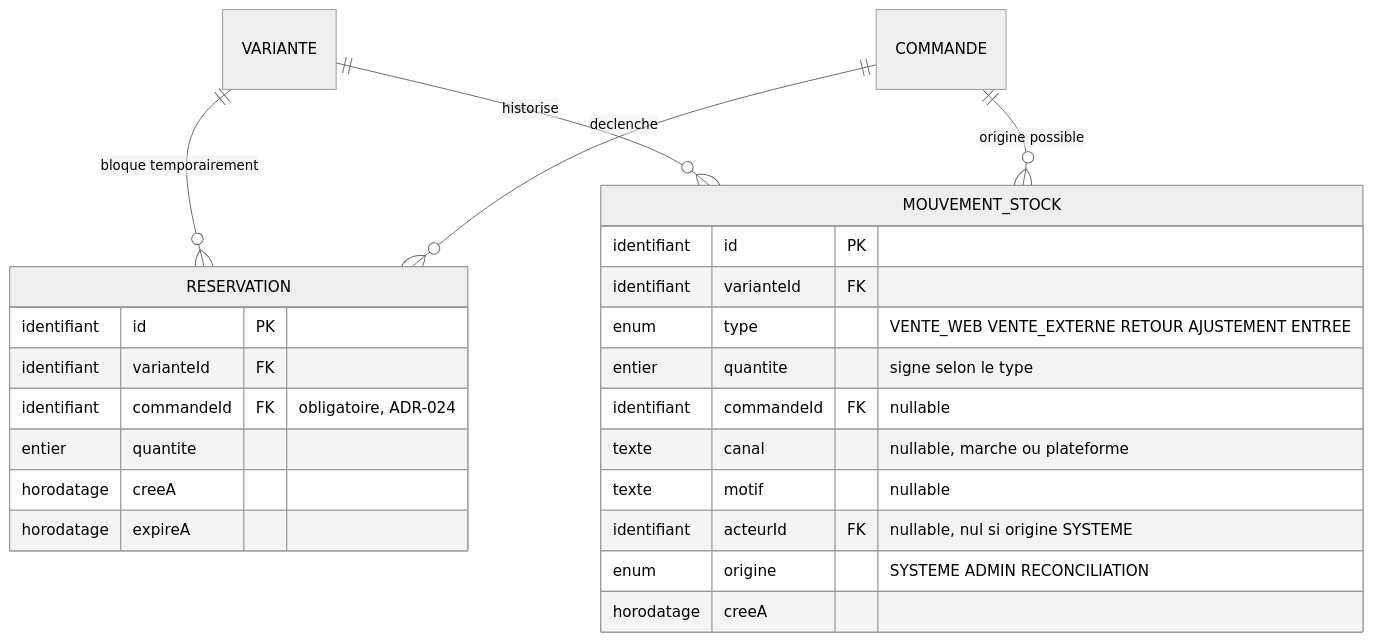
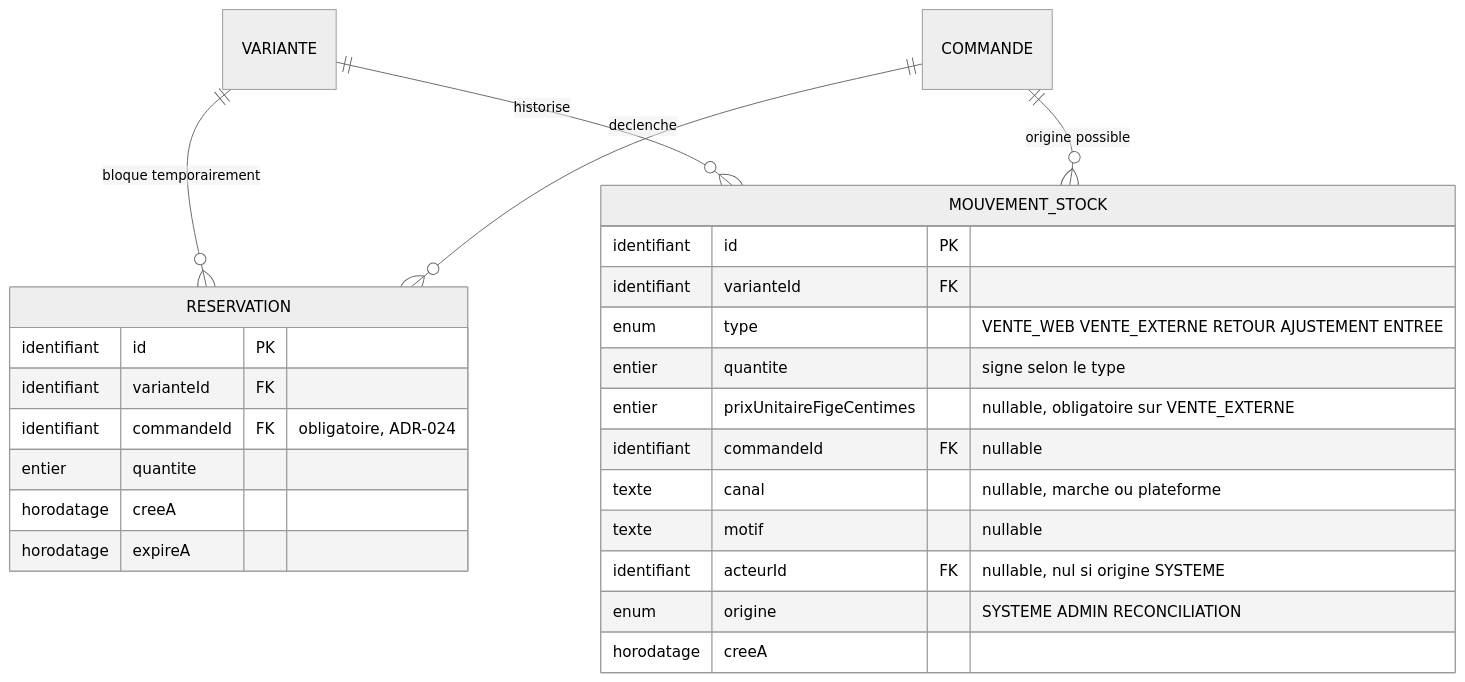
One commit to krismos64/lune-soleil changed the third of 9 diagrams in docs/architecture/MODELE-CONCEPTUEL.md. Above: the diagram before and after it, drawn with Mermaid (neutral theme). The commit also changed other lines of this file and 9 other files, not shown here.

````diff
--- a/docs/architecture/MODELE-CONCEPTUEL.md
+++ b/docs/architecture/MODELE-CONCEPTUEL.md
@@ -289,28 +289,29 @@
 ```mermaid
 erDiagram
     VARIANTE ||--o{ RESERVATION : "bloque temporairement"
     VARIANTE ||--o{ MOUVEMENT_STOCK : "historise"
     COMMANDE ||--o{ RESERVATION : "declenche"
     COMMANDE ||--o{ MOUVEMENT_STOCK : "origine possible"
 
     RESERVATION {
         identifiant id PK
         identifiant varianteId FK
         identifiant commandeId FK "obligatoire, ADR-024"
         entier quantite
         horodatage creeA
         horodatage expireA
     }
     MOUVEMENT_STOCK {
         identifiant id PK
         identifiant varianteId FK
         enum type "VENTE_WEB VENTE_EXTERNE RETOUR AJUSTEMENT ENTREE"
         entier quantite "signe selon le type"
+        entier prixUnitaireFigeCentimes "nullable, obligatoire sur VENTE_EXTERNE"
         identifiant commandeId FK "nullable"
         texte canal "nullable, marche ou plateforme"
         texte motif "nullable"
         identifiant acteurId FK "nullable, nul si origine SYSTEME"
         enum origine "SYSTEME ADMIN RECONCILIATION"
         horodatage creeA
     }
 ```
````
